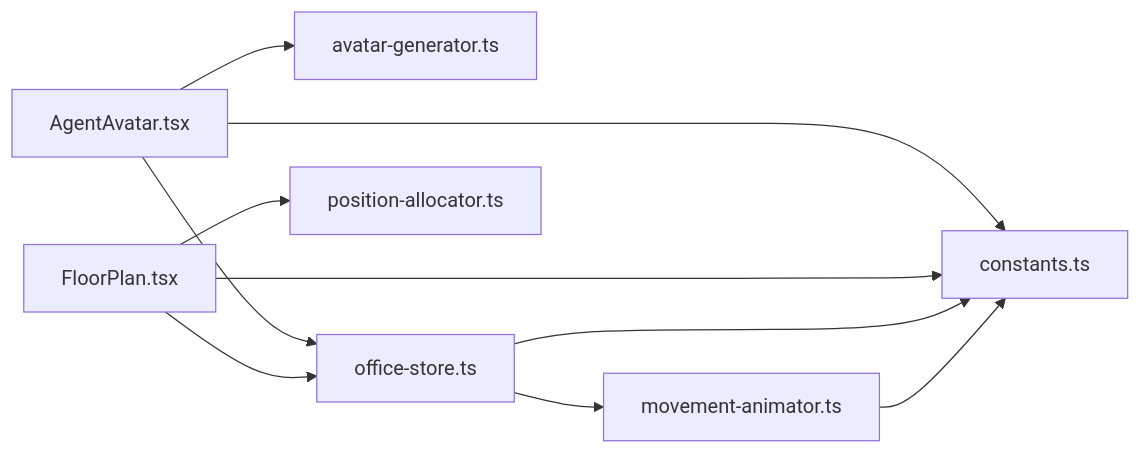
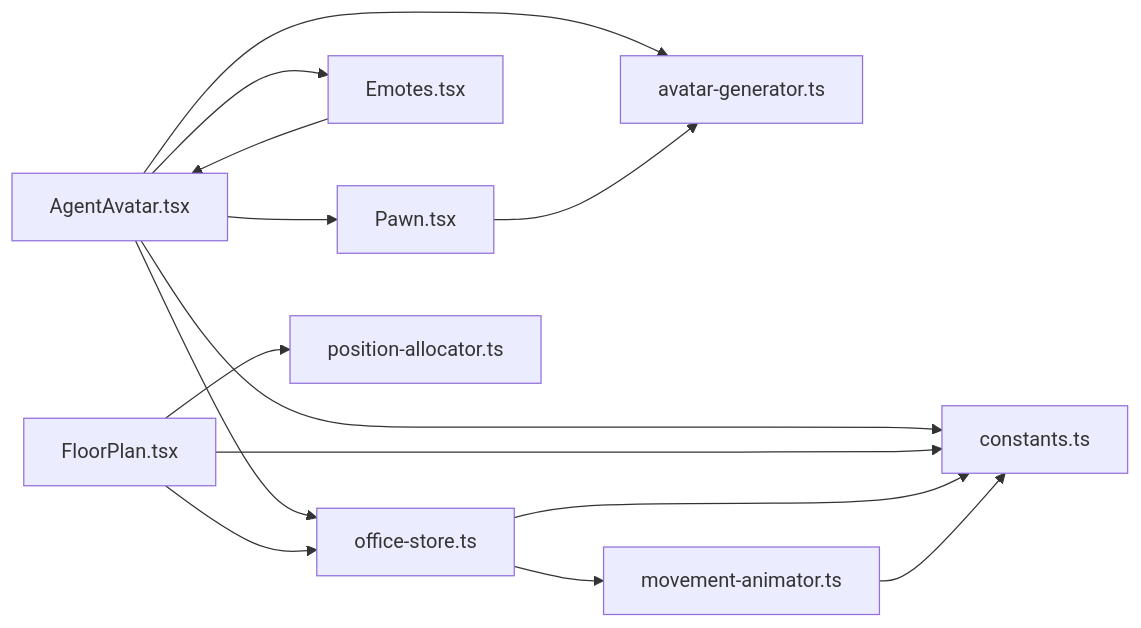
Before and after one commit to WW-AI-Lab/openclaw-office: the seventh of 7 diagrams in .qoder/repowiki/zh/content/虚拟办公室系统/智能体可视化系统.md, drawn with Mermaid. The commit also changed other lines of this file and 15 other files, not shown here.

````diff
--- a/.qoder/repowiki/zh/content/虚拟办公室系统/智能体可视化系统.md
+++ b/.qoder/repowiki/zh/content/虚拟办公室系统/智能体可视化系统.md
@@ -262,12 +330,16 @@
 ```mermaid
 graph LR
-AA["AgentAvatar.tsx"] --> AG["avatar-generator.ts"]
+AA["AgentAvatar.tsx"] --> PN["Pawn.tsx"]
+AA --> EM["Emotes.tsx"]
+AA --> AG["avatar-generator.ts"]
 AA --> PC["constants.ts"]
 AA --> OS["office-store.ts"]
+PN --> AG
+EM --> AA
 FP["FloorPlan.tsx"] --> PC
 FP --> PA["position-allocator.ts"]
 FP --> OS
 OS --> MA["movement-animator.ts"]
 OS --> PC
 MA --> PC
 ```
````
